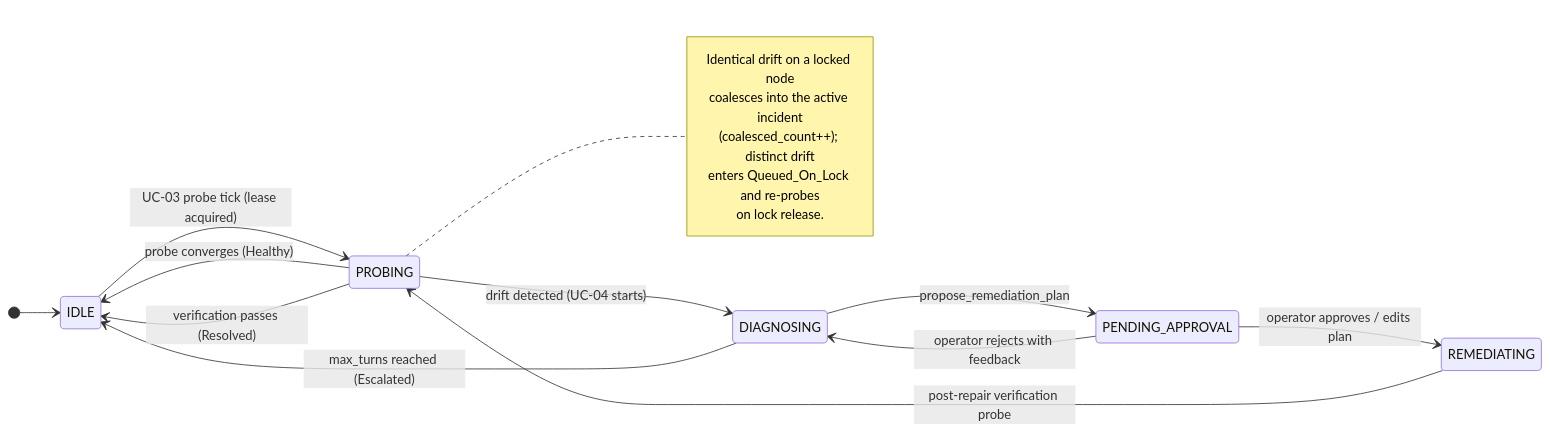
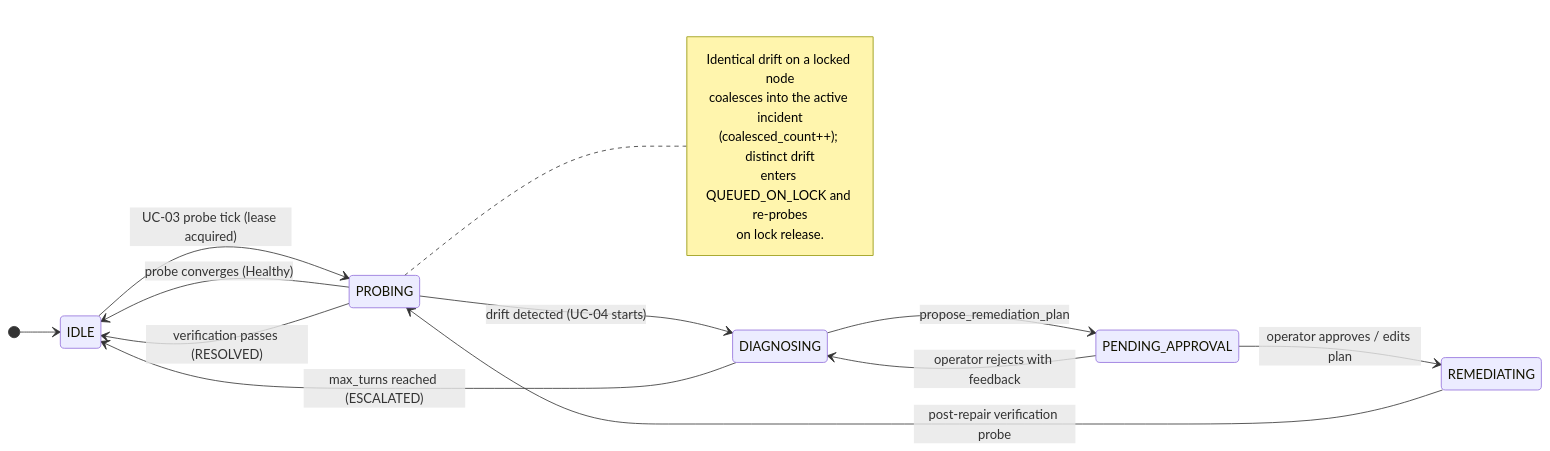
One commit to crane-fog/SAD-Proj changed the eighth of 15 diagrams in hw2/design.md. Above: the diagram before and after it, drawn with Mermaid. The commit also changed other lines of this file and 1 other file, not shown here.

````diff
--- a/hw2/design.md
+++ b/hw2/design.md
@@ -757,22 +776,22 @@
 ```mermaid
 stateDiagram-v2
     direction LR
     [*] --> IDLE
     IDLE --> PROBING : UC-03 probe tick (lease acquired)
     PROBING --> IDLE : probe converges (Healthy)
     PROBING --> DIAGNOSING : drift detected (UC-04 starts)
     DIAGNOSING --> PENDING_APPROVAL : propose_remediation_plan
     PENDING_APPROVAL --> DIAGNOSING : operator rejects with feedback
     PENDING_APPROVAL --> REMEDIATING : operator approves / edits plan
     REMEDIATING --> PROBING : post-repair verification probe
-    PROBING --> IDLE : verification passes (Resolved)
-    DIAGNOSING --> IDLE : max_turns reached (Escalated)
+    PROBING --> IDLE : verification passes (RESOLVED)
+    DIAGNOSING --> IDLE : max_turns reached (ESCALATED)
 
     note right of PROBING
         Identical drift on a locked node
         coalesces into the active incident
         (coalesced_count++); distinct drift
-        enters Queued_On_Lock and re-probes
+        enters QUEUED_ON_LOCK and re-probes
         on lock release.
     end note
 ```
````
